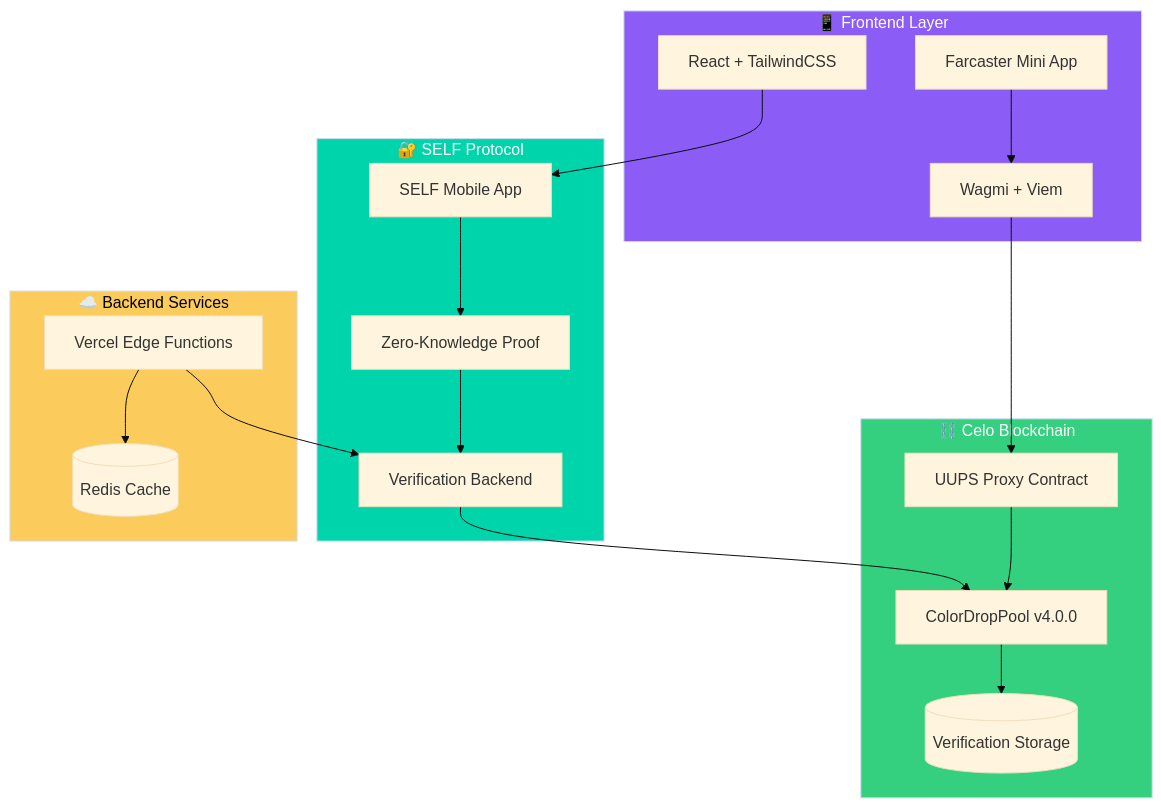
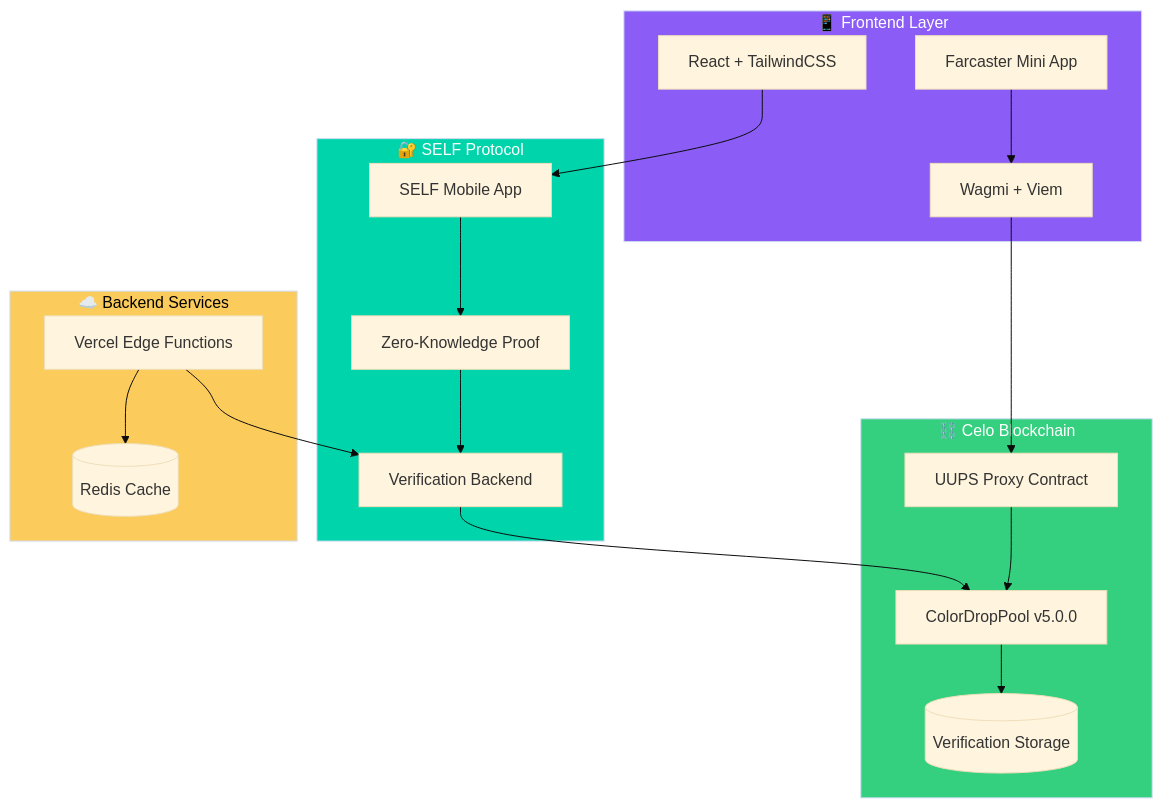
The second of 9 diagrams in README.md (Art3-Hub/ColorDrop), drawn with Mermaid (base theme) before and after one commit. The commit also changed other lines of this file and 18 other files, not shown here.

````diff
--- a/README.md
+++ b/README.md
@@ -88,43 +88,43 @@
 ```mermaid
 graph TB
     subgraph CLIENT["📱 Frontend Layer"]
         FC[Farcaster Mini App]
         WG[Wagmi + Viem]
         UI[React + TailwindCSS]
     end
 
     subgraph BLOCKCHAIN["⛓️ Celo Blockchain"]
         PROXY[UUPS Proxy Contract]
-        IMPL[ColorDropPool v4.0.0]
+        IMPL[ColorDropPool v5.0.0]
         SELF_STORE[(Verification Storage)]
     end
 
     subgraph VERIFICATION["🔐 SELF Protocol"]
         SELF_APP[SELF Mobile App]
         ZKP[Zero-Knowledge Proof]
         BACKEND[Verification Backend]
     end
 
     subgraph SERVICES["☁️ Backend Services"]
         API[Vercel Edge Functions]
         CACHE[(Redis Cache)]
     end
 
     FC --> WG
     WG --> PROXY
     PROXY --> IMPL
 
     UI --> SELF_APP
     SELF_APP --> ZKP
     ZKP --> BACKEND
     BACKEND --> IMPL
     IMPL --> SELF_STORE
 
     API --> CACHE
     API --> BACKEND
 
     style CLIENT fill:#8B5CF6,color:#fff
     style BLOCKCHAIN fill:#35D07F,color:#fff
     style VERIFICATION fill:#00D4AA,color:#fff
     style SERVICES fill:#FBCC5C,color:#000
 ```
````
